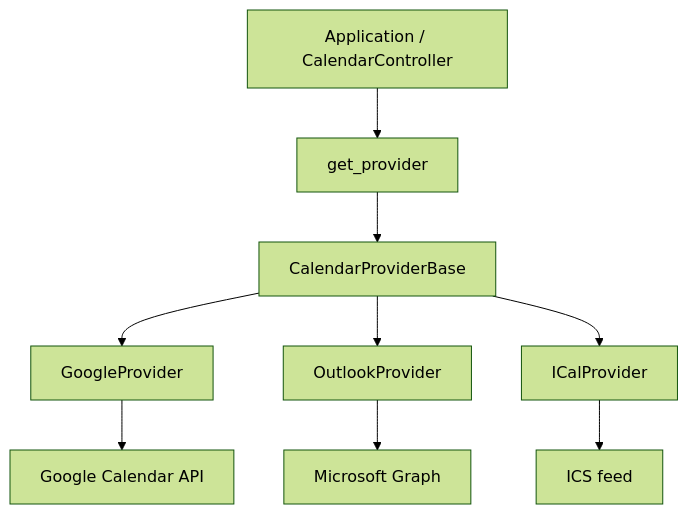
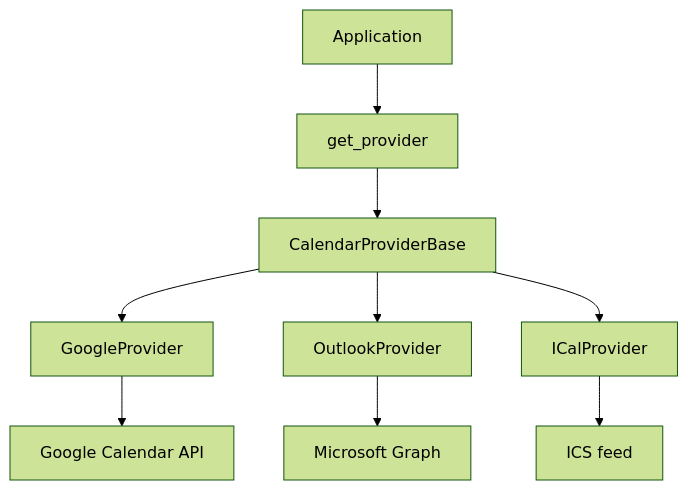
The diagram in README.md (nourhan-massoud/calendar-provider-reference), drawn with Mermaid (forest theme) before and after one commit. The commit also changed other lines of this file and 4 other files, not shown here.

````diff
--- a/README.md
+++ b/README.md
@@ -37,21 +37,21 @@
 ```mermaid
 flowchart TD
-    App[Application / CalendarController]
+    App[Application]
     Factory[get_provider]
     Base[CalendarProviderBase]
     Google[GoogleProvider]
     Outlook[OutlookProvider]
     ICal[ICalProvider]
     GAPI[Google Calendar API]
     Graph[Microsoft Graph]
     ICS[ICS feed]
 
     App --> Factory
     Factory --> Base
     Base --> Google
     Base --> Outlook
     Base --> ICal
     Google --> GAPI
     Outlook --> Graph
     ICal --> ICS
 ```
````
